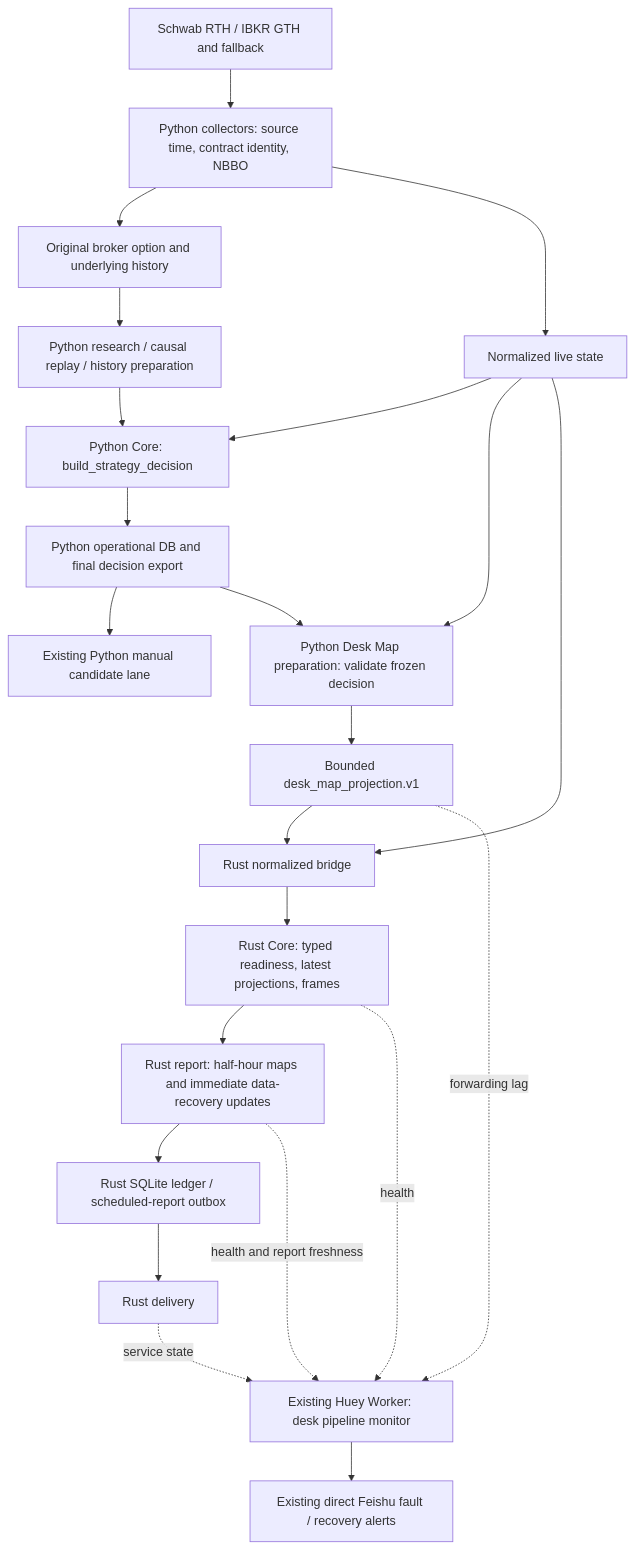
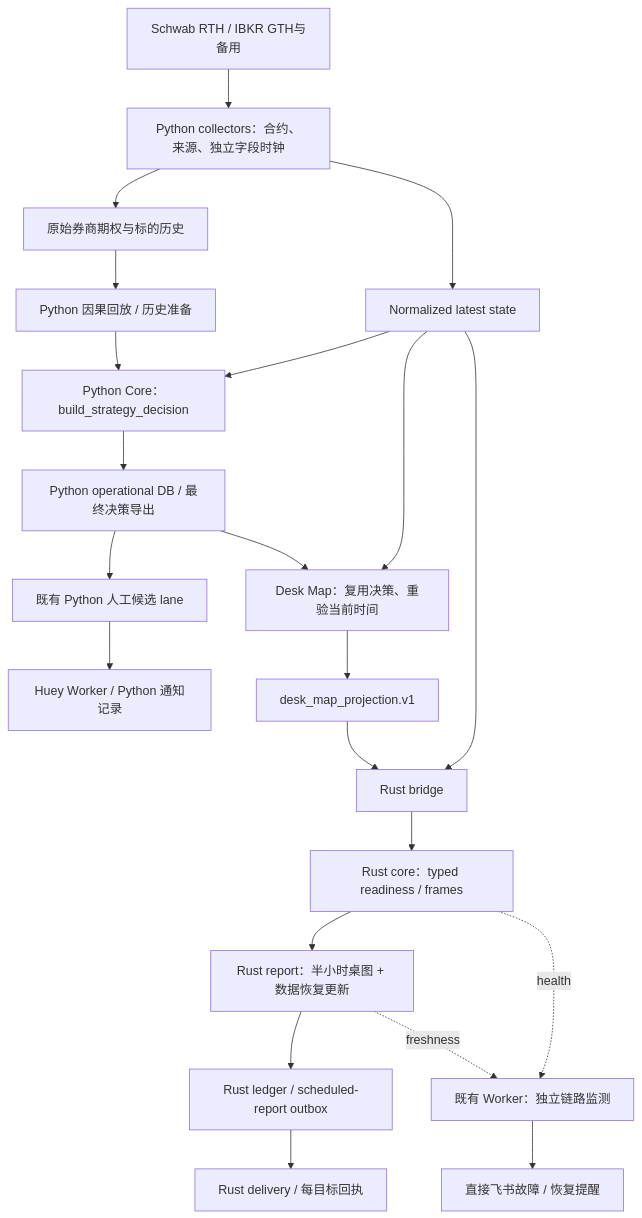
One commit to hzy-hits/SpxOpDaily changed the diagram in README.md. Above: the diagram before and after it, drawn with Mermaid. The commit also changed other lines of this file and 146 other files, not shown here.

````diff
--- a/README.md
+++ b/README.md
@@ -36,25 +20,24 @@
 ```mermaid
 flowchart TD
-    Brokers["Schwab RTH / IBKR GTH and fallback"] --> Collectors["Python collectors: source time, contract identity, NBBO"]
-    Collectors --> Raw["Original broker option and underlying history"]
-    Collectors --> Live["Normalized live state"]
-    Raw --> Research["Python research / causal replay / history preparation"]
-    Live --> Strategy["Python Core: build_strategy_decision"]
+    Brokers["Schwab RTH / IBKR GTH与备用"] --> Collectors["Python collectors：合约、来源、独立字段时钟"]
+    Collectors --> Raw["原始券商期权与标的历史"]
+    Collectors --> Live["Normalized latest state"]
+    Raw --> Research["Python 因果回放 / 历史准备"]
+    Live --> Strategy["Python Core：build_strategy_decision"]
     Research --> Strategy
-    Strategy --> Decisions["Python operational DB and final decision export"]
-    Decisions --> Candidates["Existing Python manual candidate lane"]
-    Decisions --> Desk["Python Desk Map preparation: validate frozen decision"]
+    Strategy --> Decisions["Python operational DB / 最终决策导出"]
+    Decisions --> Candidates["既有 Python 人工候选 lane"]
+    Candidates --> Worker["Huey Worker / Python 通知记录"]
+    Decisions --> Desk["Desk Map：复用决策、重验当前时间"]
     Live --> Desk
-    Desk --> Projection["Bounded desk_map_projection.v1"]
-    Live --> Bridge["Rust normalized bridge"]
+    Desk --> Projection["desk_map_projection.v1"]
+    Live --> Bridge["Rust bridge"]
     Projection --> Bridge
-    Bridge --> Core["Rust Core: typed readiness, latest projections, frames"]
-    Core --> Report["Rust report: half-hour maps and immediate data-recovery updates"]
-    Report --> Ledger["Rust SQLite ledger / scheduled-report outbox"]
-    Ledger --> Delivery["Rust delivery"]
-    Core -. health .-> Monitor["Existing Huey Worker: desk pipeline monitor"]
-    Report -. health and report freshness .-> Monitor
-    Projection -. forwarding lag .-> Monitor
-    Delivery -. service state .-> Monitor
-    Monitor --> Feishu["Existing direct Feishu fault / recovery alerts"]
+    Bridge --> Core["Rust core：typed readiness / frames"]
+    Core --> Report["Rust report：半小时桌图 + 数据恢复更新"]
+    Report --> Ledger["Rust ledger / scheduled-report outbox"]
+    Ledger --> Delivery["Rust delivery / 每目标回执"]
+    Core -. health .-> Monitor["既有 Worker：独立链路监测"]
+    Report -. freshness .-> Monitor
+    Monitor --> Feishu["直接飞书故障 / 恢复提醒"]
 ```
````
